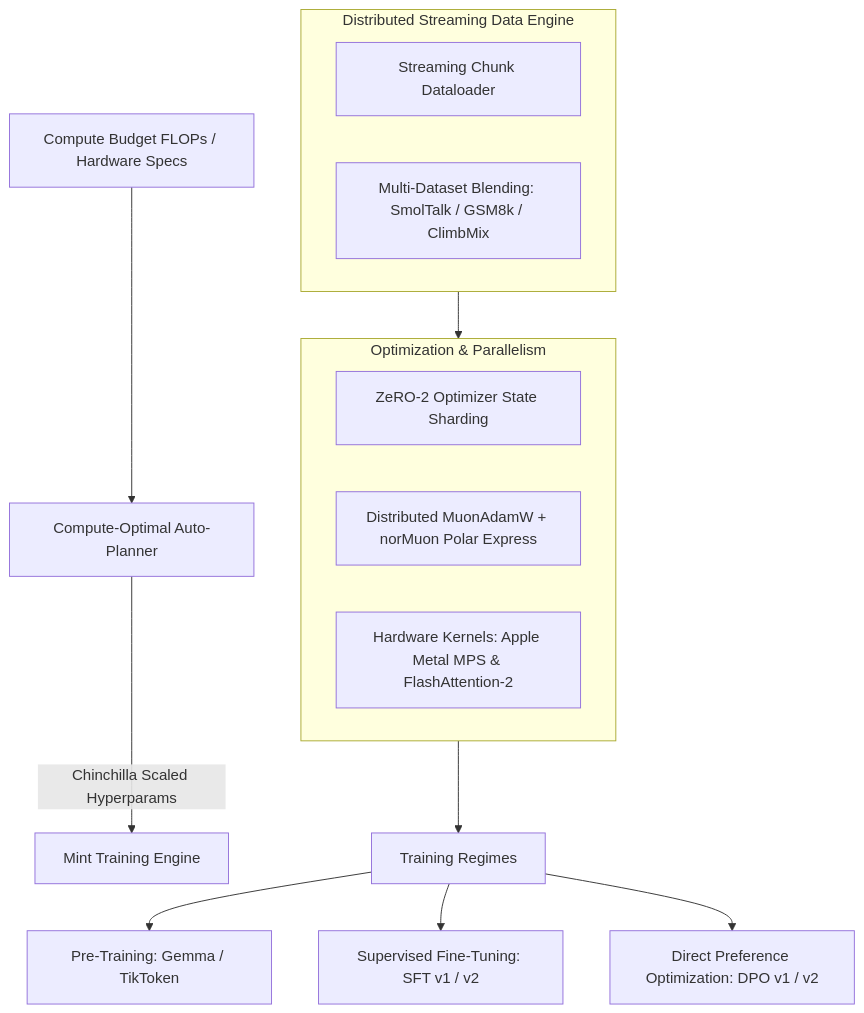
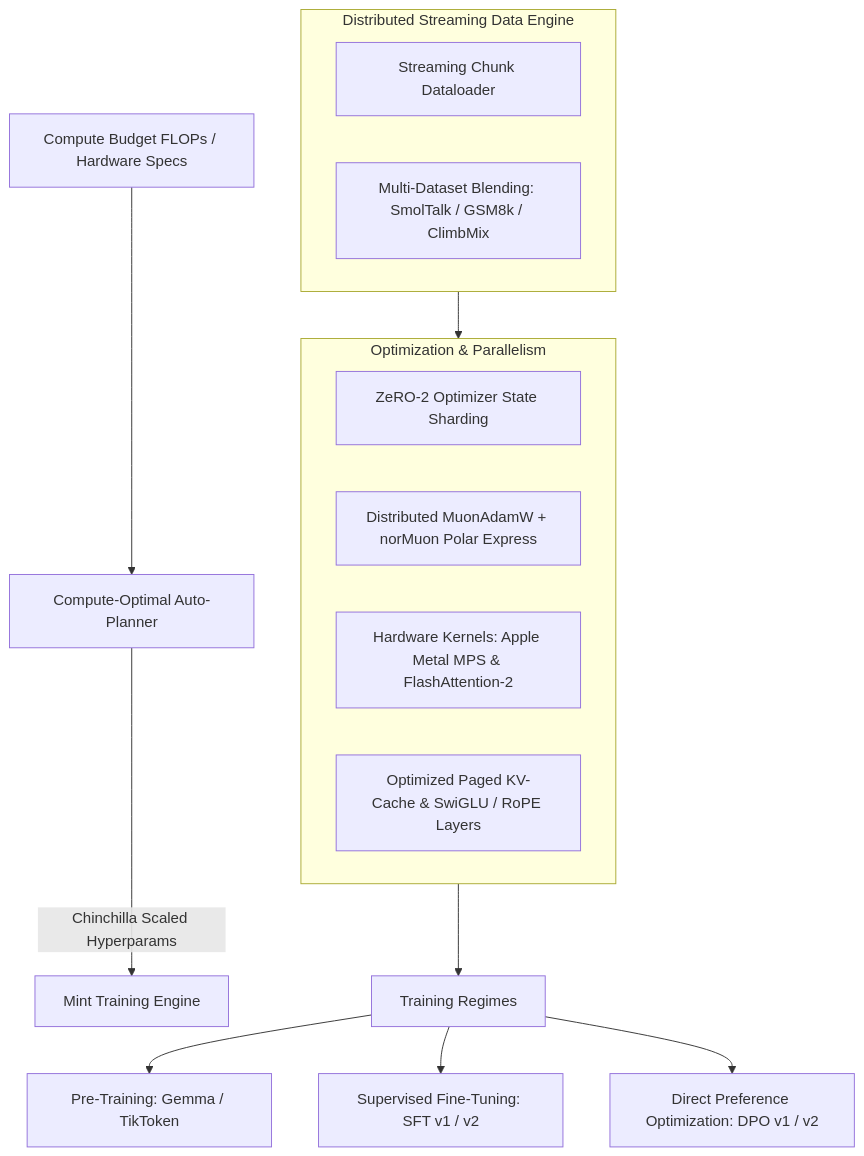
The diagram in content/projects/mint.md (nagarajpoojari404/opennotes), drawn with Mermaid before and after one commit. The commit also changed other lines of this file, not shown here.

````diff
--- a/content/projects/mint.md
+++ b/content/projects/mint.md
@@ -18,23 +18,24 @@
 ```mermaid
 flowchart TD
     Config[Compute Budget FLOPs / Hardware Specs] --> Planner[Compute-Optimal Auto-Planner]
     Planner -->|Chinchilla Scaled Hyperparams| Engine[Mint Training Engine]
     
     subgraph DataEngine [Distributed Streaming Data Engine]
         StreamDataloader[Streaming Chunk Dataloader]
         Mixer[Multi-Dataset Blending: SmolTalk / GSM8k / ClimbMix]
     end
     
     subgraph CoreEngine [Optimization & Parallelism]
         ZeRO[ZeRO-2 Optimizer State Sharding]
         Muon[Distributed MuonAdamW + norMuon Polar Express]
         Kernels[Hardware Kernels: Apple Metal MPS & FlashAttention-2]
+        KVCache[Optimized Paged KV-Cache & SwiGLU / RoPE Layers]
     end
     
     DataEngine --> CoreEngine
     CoreEngine --> Modes[Training Regimes]
     
     Modes --> Pretrain[Pre-Training: Gemma / TikToken]
     Modes --> SFT[Supervised Fine-Tuning: SFT v1 / v2]
     Modes --> DPO[Direct Preference Optimization: DPO v1 / v2]
 ```
````
